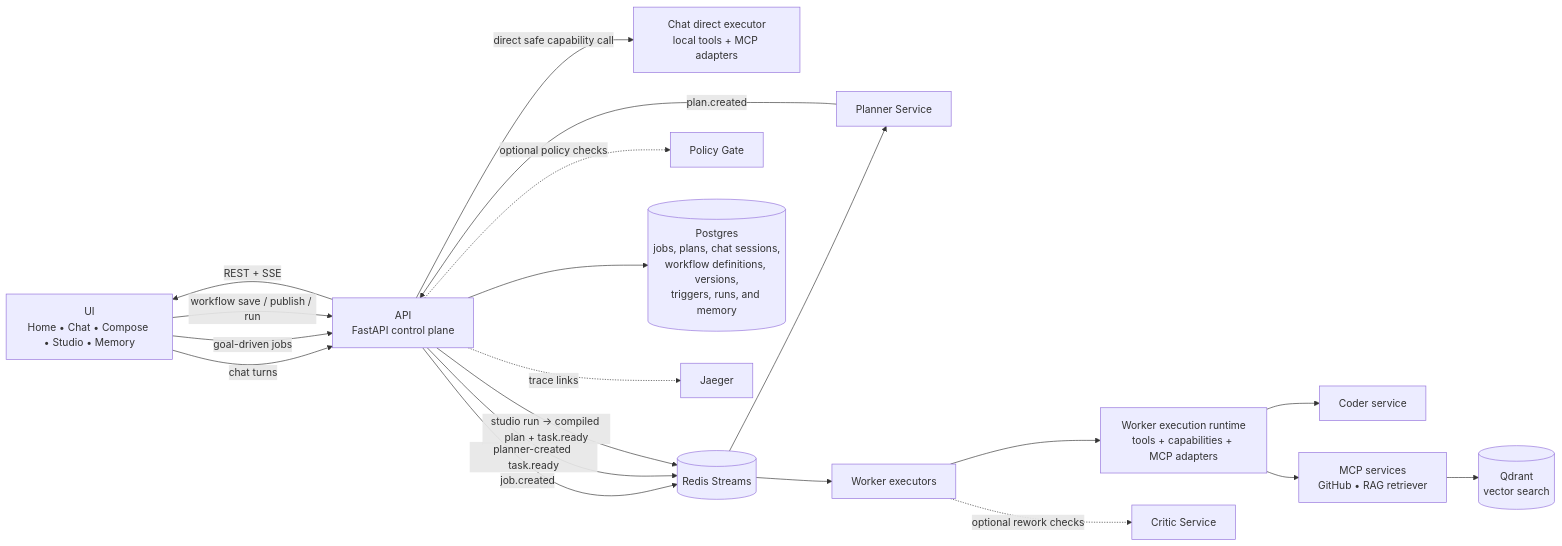
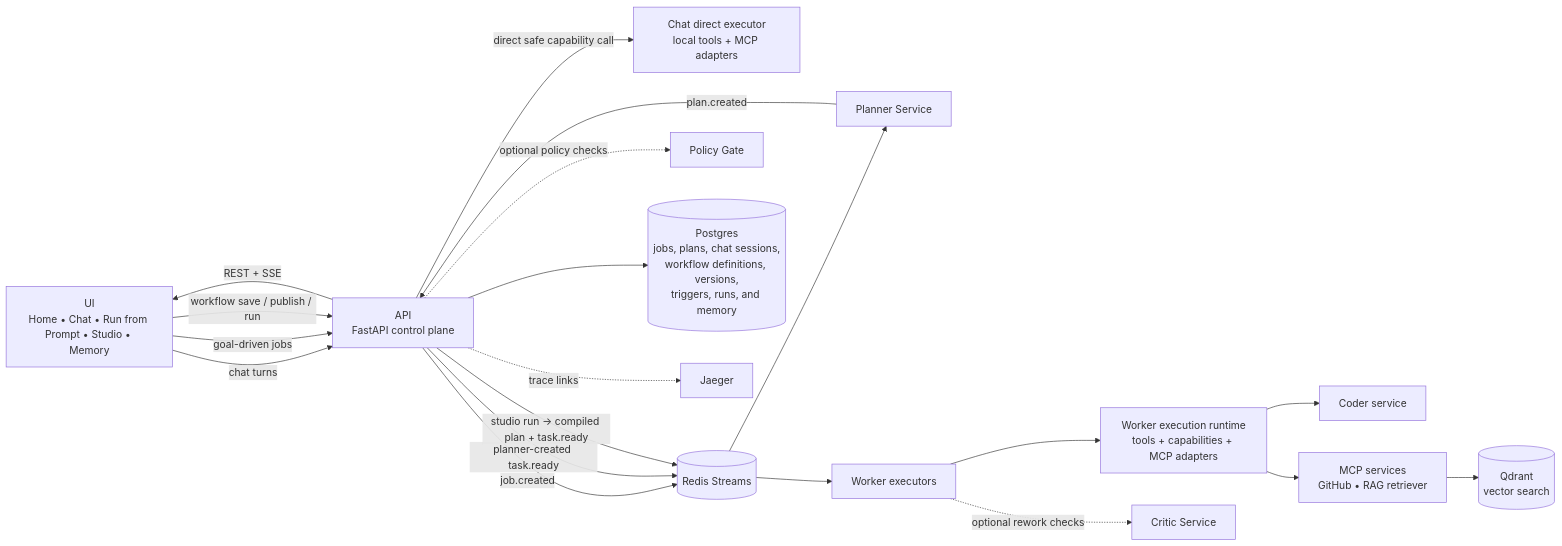
One commit to narendersurabhi/agentic-workflow-studio changed the diagram in README.md. Above: the diagram before and after it, drawn with Mermaid. The commit also changed other lines of this file and 10 other files, not shown here.

````diff
--- a/README.md
+++ b/README.md
@@ -98,27 +98,27 @@
 ```mermaid
 flowchart LR
-  UI["UI<br/>Home • Chat • Compose • Studio • Memory"] -->|"chat turns"| API["API<br/>FastAPI control plane"]
+  UI["UI<br/>Home • Chat • Run from Prompt • Studio • Memory"] -->|"chat turns"| API["API<br/>FastAPI control plane"]
   UI -->|"goal-driven jobs"| API
   UI -->|"workflow save / publish / run"| API
 
   API -->|"direct safe capability call"| CHAT["Chat direct executor<br/>local tools + MCP adapters"]
 
   API -->|"job.created"| REDIS[("Redis Streams")]
   REDIS --> PLANNER["Planner Service"]
   PLANNER -->|"plan.created"| API
 
   API -->|"planner-created task.ready"| REDIS
   API -->|"studio run -> compiled plan + task.ready"| REDIS
   REDIS --> WORKER["Worker executors"]
   WORKER --> EXEC["Worker execution runtime<br/>tools + capabilities + MCP adapters"]
 
   API -. "optional policy checks" .-> POLICY["Policy Gate"]
   WORKER -. "optional rework checks" .-> CRITIC["Critic Service"]
   EXEC --> CODER["Coder service"]
   EXEC --> MCP["MCP services<br/>GitHub • RAG retriever"]
   MCP --> QDRANT[("Qdrant<br/>vector search")]
 
   API --> DB[("Postgres<br/>jobs, plans, chat sessions,<br/>workflow definitions, versions,<br/>triggers, runs, and memory")]
   API -->|"REST + SSE"| UI
   API -. "trace links" .-> JAEGER["Jaeger"]
 ```
````
